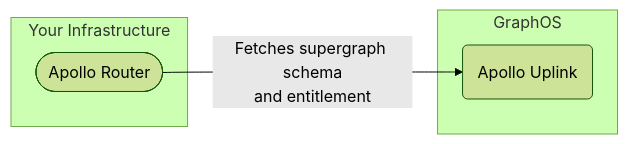
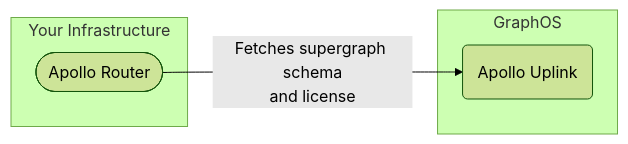
Before and after one commit to apollographql/router: the diagram in docs/source/enterprise-features.mdx, drawn with Mermaid (forest theme). The commit also changed other lines of this file and 70 other files, not shown here.

````diff
--- a/docs/source/enterprise-features.mdx
+++ b/docs/source/enterprise-features.mdx
@@ -37,10 +37,10 @@
 ```mermaid
 flowchart LR;
   subgraph "Your Infrastructure";
   router(["Apollo Router"]);
   end;
   subgraph "GraphOS";
   uplink(Apollo Uplink)
   end;
-  router--"Fetches supergraph schema<br/>and entitlement"-->uplink;
+  router--"Fetches supergraph schema<br/>and license"-->uplink;
 ```
````
